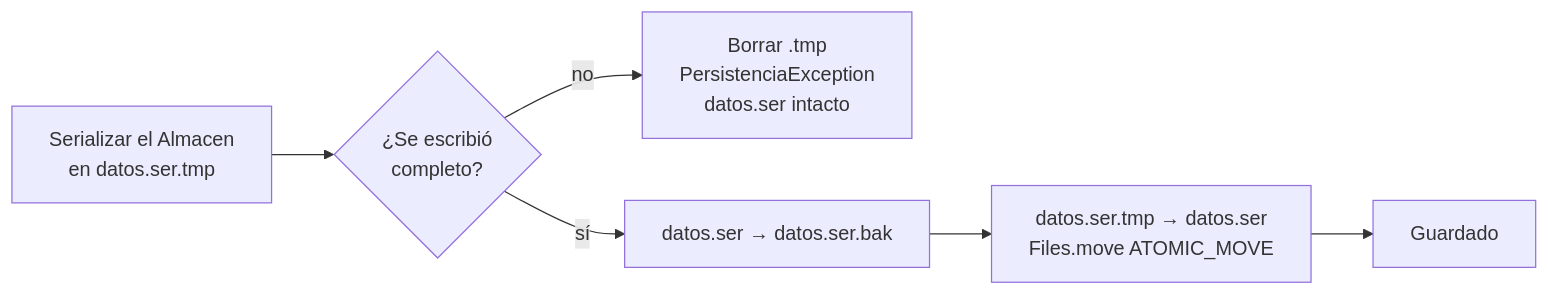
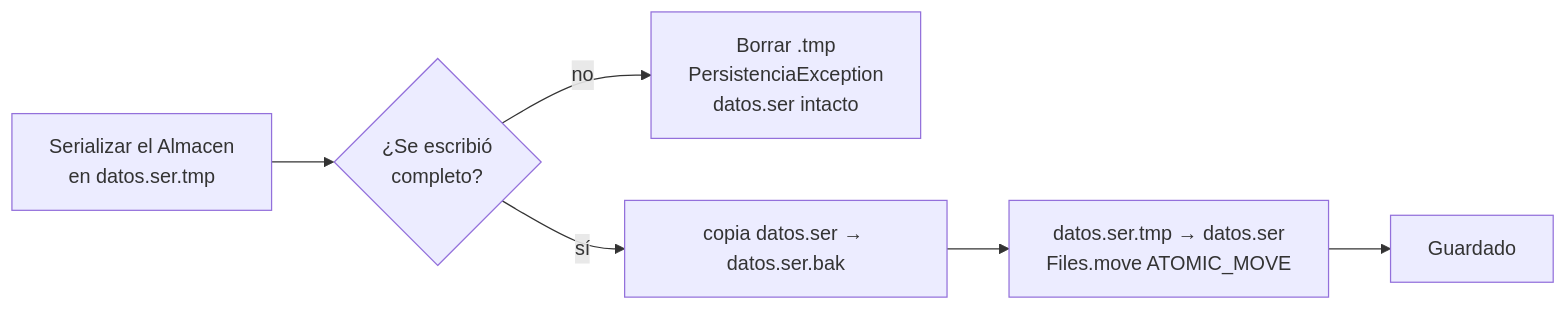
Before and after one commit to BalbianoLuciano/tfi-concesionaria-multimarca: the sixth of 8 diagrams in docs/ARQUITECTURA.md, drawn with Mermaid. The commit also changed other lines of this file and 23 other files, not shown here.

````diff
--- a/docs/ARQUITECTURA.md
+++ b/docs/ARQUITECTURA.md
@@ -223,8 +230,8 @@
 ```mermaid
 flowchart LR
     A[Serializar el Almacen<br/>en datos.ser.tmp] --> B{¿Se escribió<br/>completo?}
     B -- no --> E[Borrar .tmp<br/>PersistenciaException<br/>datos.ser intacto]
-    B -- sí --> C[datos.ser → datos.ser.bak]
+    B -- sí --> C[copia datos.ser → datos.ser.bak]
     C --> D[datos.ser.tmp → datos.ser<br/>Files.move ATOMIC_MOVE]
     D --> OK[Guardado]
 ```
````
